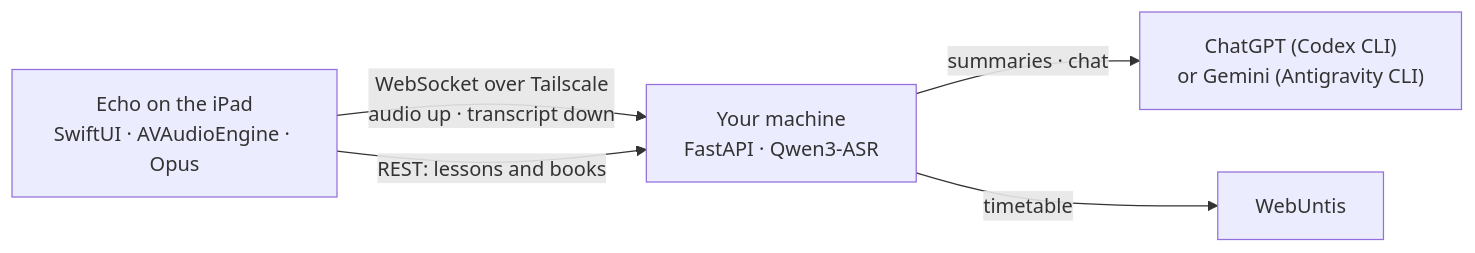
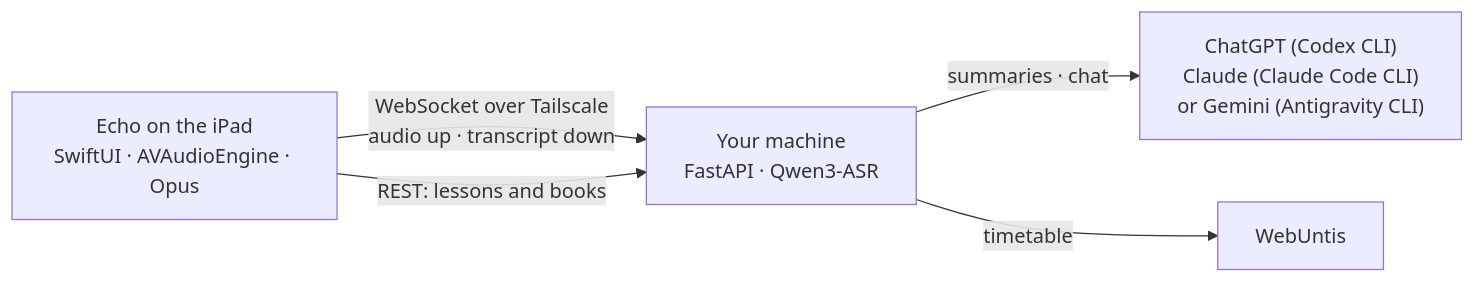
The diagram in docs/architecture.md (4MBs/echo-ios), drawn with Mermaid before and after one commit. The commit also changed 8 other files, not shown here.

````diff
--- a/docs/architecture.md
+++ b/docs/architecture.md
@@ -3,11 +3,11 @@
 ```mermaid
 flowchart LR
     A["Echo on the iPad<br/>SwiftUI · AVAudioEngine · Opus"]
     B["Your machine<br/>FastAPI · Qwen3-ASR"]
-    C["ChatGPT (Codex CLI)<br/>or Gemini (Antigravity CLI)"]
+    C["ChatGPT (Codex CLI)<br/>Claude (Claude Code CLI)<br/>or Gemini (Antigravity CLI)"]
     D["WebUntis"]
     A -- "WebSocket over Tailscale<br/>audio up · transcript down" --> B
     A -- "REST: lessons and books" --> B
     B -- "summaries · chat" --> C
     B -- "timetable" --> D
 ```
````
